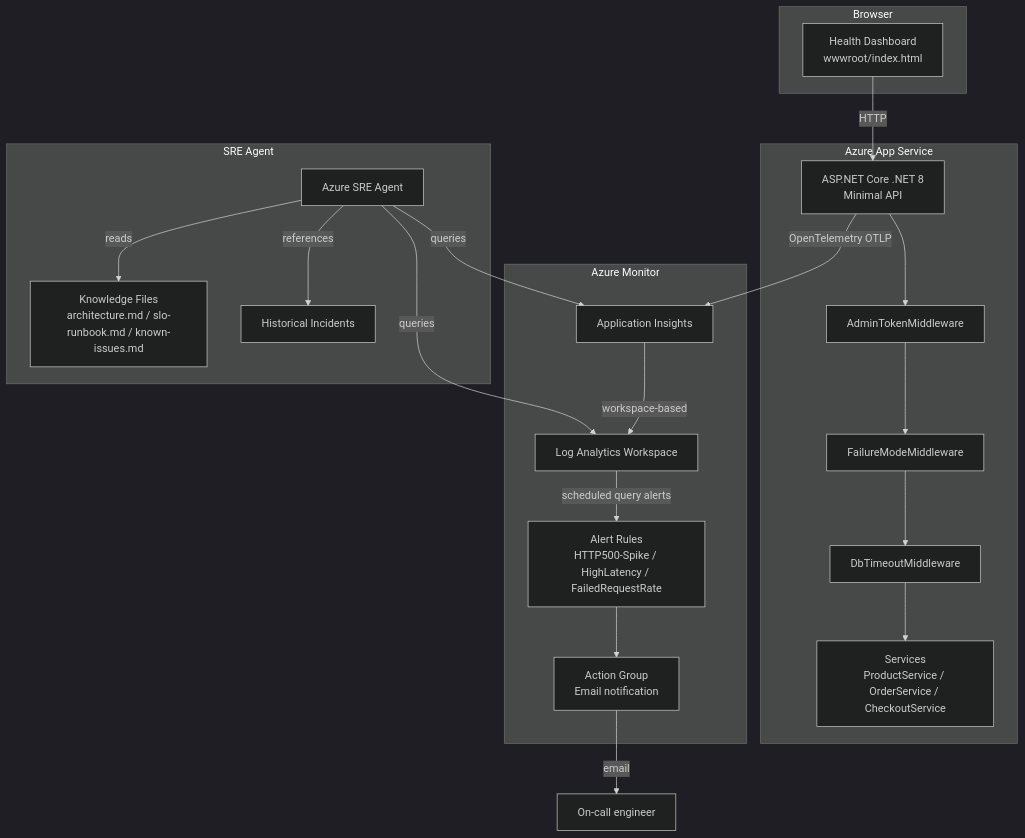
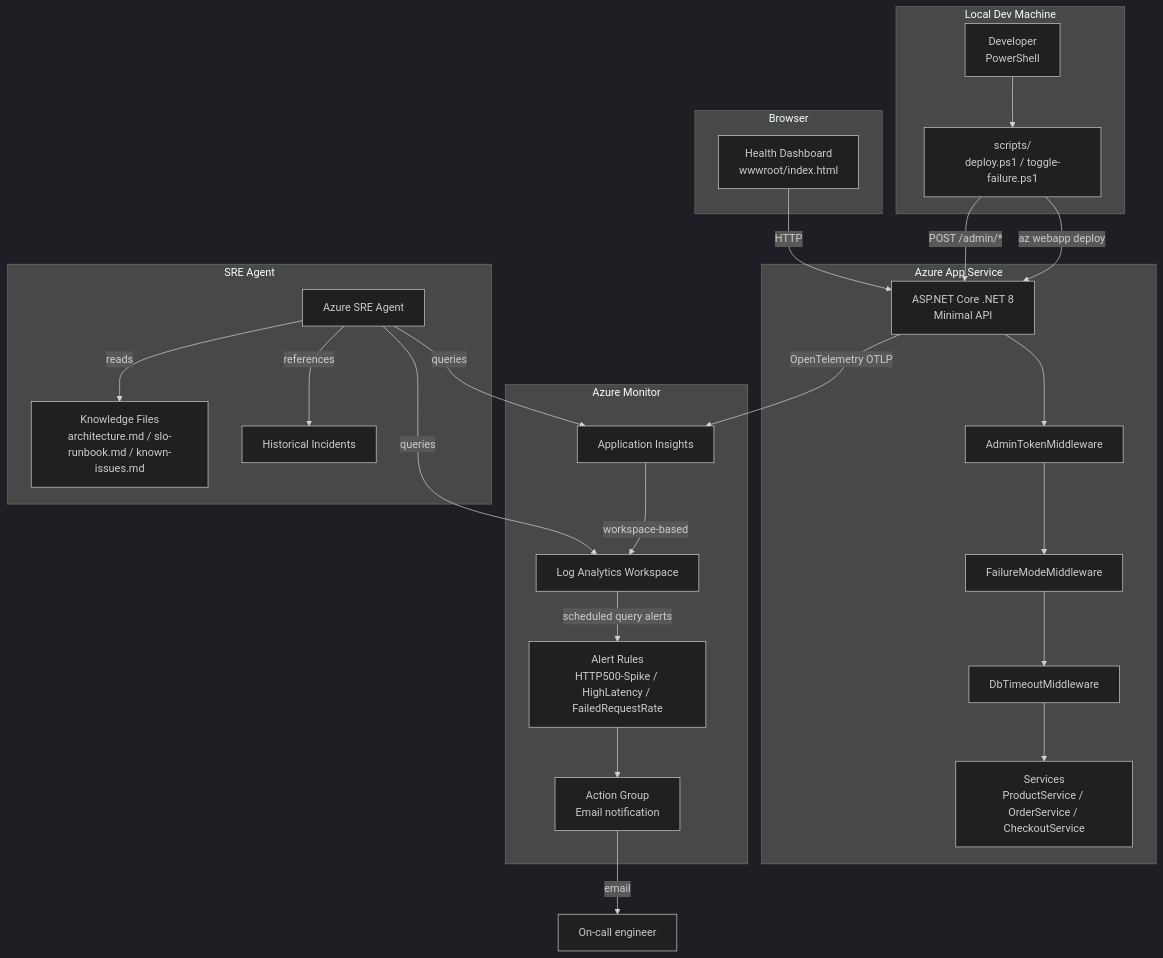
The diagram in docs/architecture.md (mimasisji/sre-agent-demo), drawn with Mermaid (dark theme) before and after one commit. The commit also changed 9 other files, not shown here.

First line of the commit message:
refactor: replace GitHub Actions with local PS1 scripts; update docs for swedencentral + MI OIDC

````diff
--- a/docs/architecture.md
+++ b/docs/architecture.md
@@ -15,40 +15,48 @@
 ```mermaid
 graph TB
+    subgraph LocalDev[Local Dev Machine]
+        DEV[Developer<br/>PowerShell]
+        SCRIPTS[scripts/<br/>deploy.ps1 / toggle-failure.ps1]
+    end
+
     subgraph Browser
         UI[Health Dashboard<br/>wwwroot/index.html]
     end
 
     subgraph Azure App Service
         API[ASP.NET Core .NET 8<br/>Minimal API]
         MW1[AdminTokenMiddleware]
         MW2[FailureModeMiddleware]
         MW3[DbTimeoutMiddleware]
         SVC[Services<br/>ProductService / OrderService / CheckoutService]
     end
 
     subgraph Azure Monitor
         AI[Application Insights]
         LAW[Log Analytics Workspace]
         ALERTS[Alert Rules<br/>HTTP500-Spike / HighLatency / FailedRequestRate]
         AG[Action Group<br/>Email notification]
     end
 
     subgraph SRE Agent
         AGENT[Azure SRE Agent]
         KF[Knowledge Files<br/>architecture.md / slo-runbook.md / known-issues.md]
         INC[Historical Incidents]
     end
 
+    DEV --> SCRIPTS
+    SCRIPTS -->|az webapp deploy| API
+    SCRIPTS -->|POST /admin/*| API
     UI -->|HTTP| API
     API --> MW1 --> MW2 --> MW3 --> SVC
     API -->|OpenTelemetry OTLP| AI
     AI -->|workspace-based| LAW
     LAW -->|scheduled query alerts| ALERTS
     ALERTS --> AG
     AG -->|email| ONCALL[On-call engineer]
 
     AGENT -->|queries| AI
     AGENT -->|queries| LAW
     AGENT -->|reads| KF
     AGENT -->|references| INC
 ```
````
